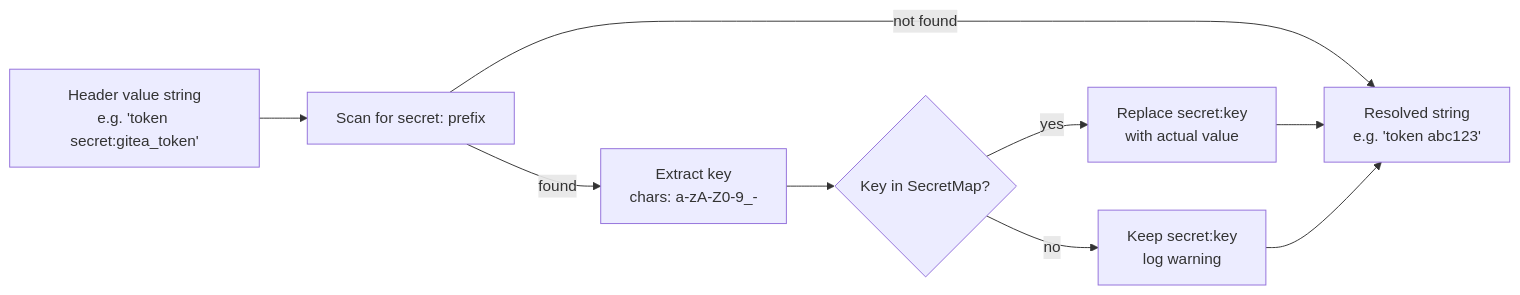
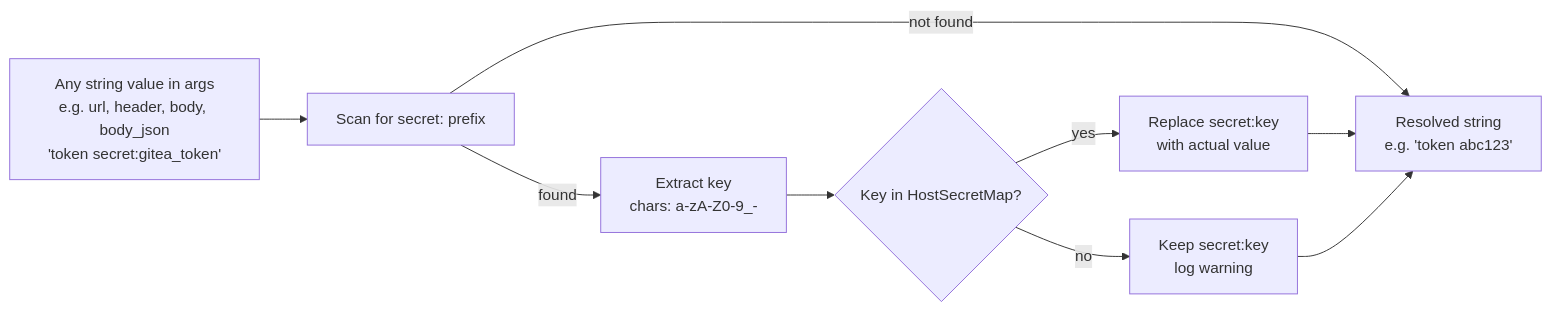
Before and after one commit to cosmoswafer/rockbot: the third of 5 diagrams in _dfd/tools/secret-interception.md, drawn with Mermaid. The commit also changed other lines of this file, not shown here.

Commit message:
docs: redesign secret interception DFD — host-scoped secrets, deep arg traversal, dummy data gate

````diff
--- a/_dfd/tools/secret-interception.md
+++ b/_dfd/tools/secret-interception.md
@@ -89,19 +109,19 @@
 ```mermaid
 flowchart LR
-    INPUT["Header value string<br/>e.g. 'token secret:gitea_token'"]
+    INPUT["Any string value in args<br/>e.g. url, header, body, body_json<br/>'token secret:gitea_token'"]
     SCAN[Scan for secret: prefix]
     EXTRACT["Extract key<br/>chars: a-zA-Z0-9_-"]
-    LOOKUP{Key in SecretMap?}
+    LOOKUP{Key in HostSecretMap?}
     REPLACE["Replace secret:key<br/>with actual value"]
     KEEP["Keep secret:key<br/>log warning"]
     OUTPUT["Resolved string<br/>e.g. 'token abc123'"]
 
     INPUT --> SCAN
     SCAN -->|"found"| EXTRACT
     SCAN -->|"not found"| OUTPUT
     EXTRACT --> LOOKUP
     LOOKUP -->|"yes"| REPLACE
     LOOKUP -->|"no"| KEEP
     REPLACE --> OUTPUT
     KEEP --> OUTPUT
 ```
````
